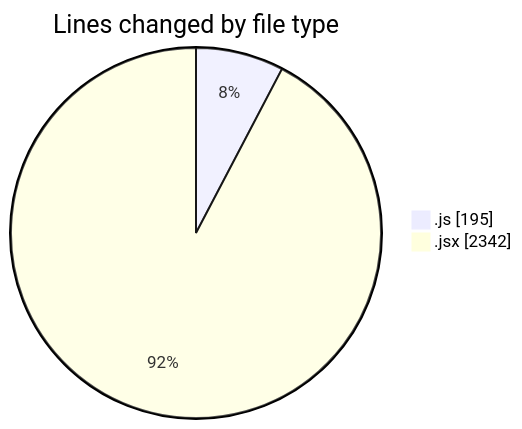
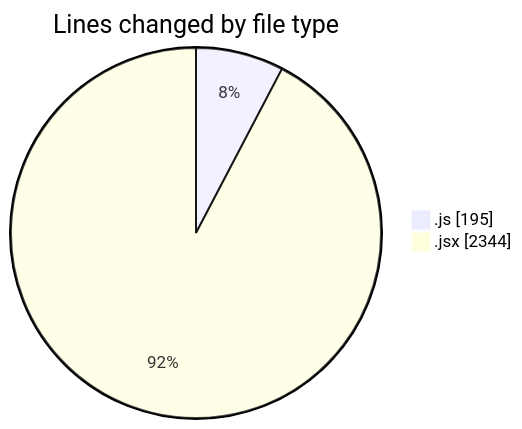
One commit to nxtqubesakshisongat/code-tracking changed the first of 2 diagrams in 2025-06-07/nxtqube_webapp/README.md. Above: the diagram before and after it, drawn with Mermaid. The commit also changed other lines of this file and 1 other file, not shown here.

````diff
--- a/2025-06-07/nxtqube_webapp/README.md
+++ b/2025-06-07/nxtqube_webapp/README.md
@@ -24,6 +24,6 @@
 ```mermaid
 pie showData
 title Lines changed by file type
 ".js" : 195
-".jsx" : 2342
+".jsx" : 2344
 ```
````
